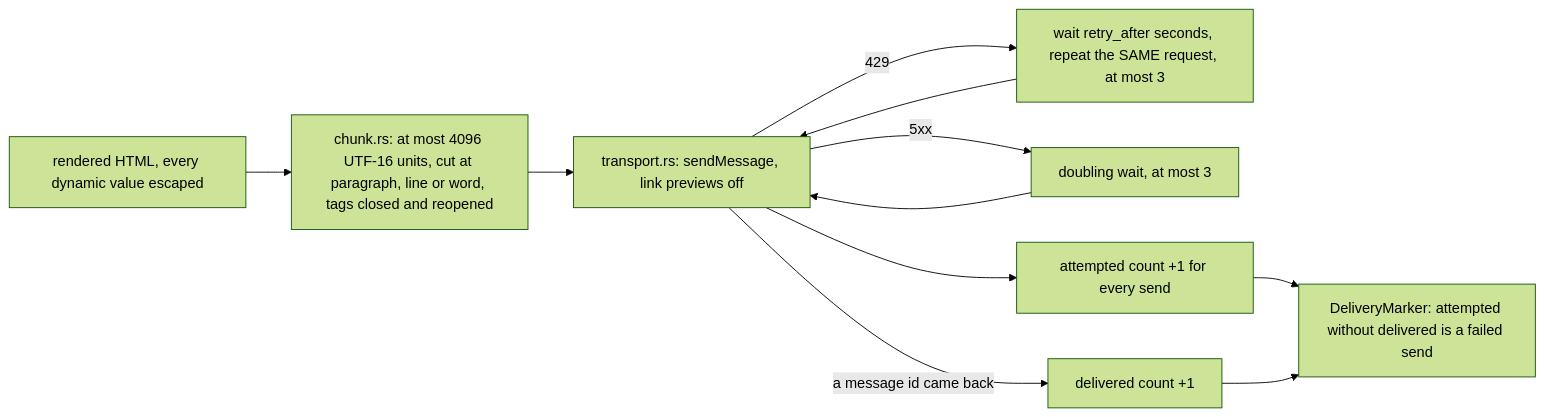
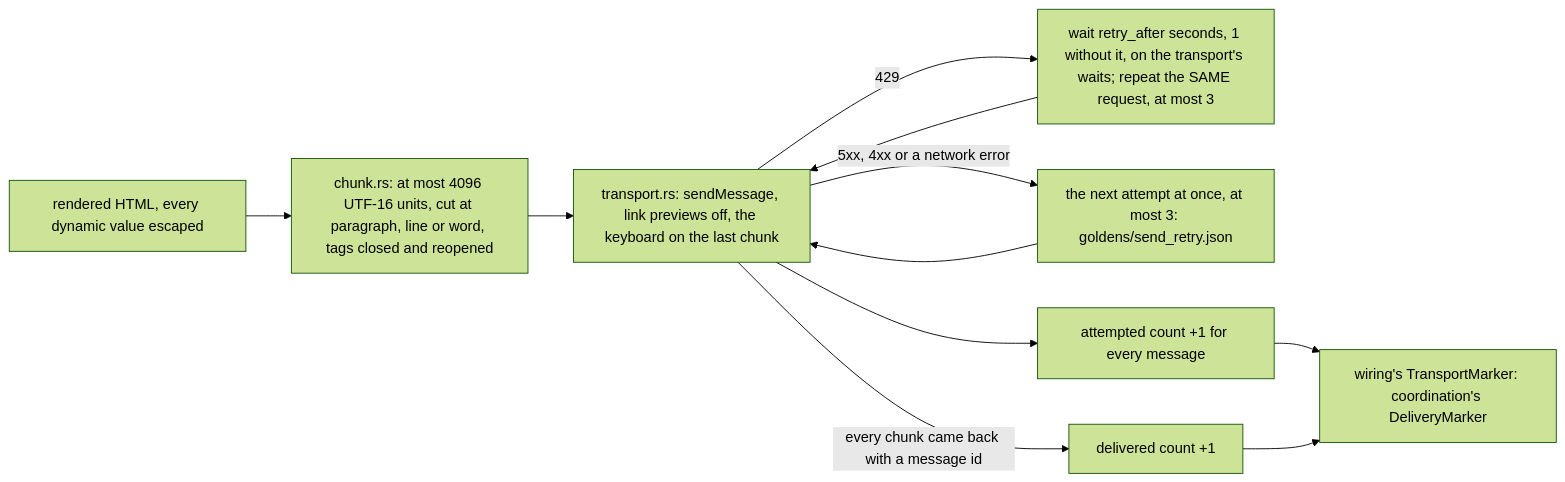
The second of 4 diagrams in docs/schematics/bot-update-loop.md (RexRenatus/deck-streak), drawn with Mermaid (forest theme) before and after one commit. The commit also changed other lines of this file and 2 other files, not shown here.

````diff
--- a/docs/schematics/bot-update-loop.md
+++ b/docs/schematics/bot-update-loop.md
@@ -27,12 +30,12 @@
 ```mermaid
 flowchart LR
   text[rendered HTML, every dynamic value escaped] --> chunk[chunk.rs: at most 4096 UTF-16 units, cut at paragraph, line or word, tags closed and reopened]
-  chunk --> send[transport.rs: sendMessage, link previews off]
-  send -->|429| wait[wait retry_after seconds, repeat the SAME request, at most 3]
+  chunk --> send[transport.rs: sendMessage, link previews off, the keyboard on the last chunk]
+  send -->|429| wait[wait retry_after seconds, 1 without it, on the transport's waits; repeat the SAME request, at most 3]
   wait --> send
-  send -->|5xx| dbl[doubling wait, at most 3]
-  dbl --> send
-  send --> attempted[attempted count +1 for every send]
-  send -->|a message id came back| delivered[delivered count +1]
-  attempted & delivered --> marker[DeliveryMarker: attempted without delivered is a failed send]
+  send -->|5xx, 4xx or a network error| again[the next attempt at once, at most 3: goldens/send_retry.json]
+  again --> send
+  send --> attempted[attempted count +1 for every message]
+  send -->|every chunk came back with a message id| delivered[delivered count +1]
+  attempted & delivered --> marker[wiring's TransportMarker: coordination's DeliveryMarker]
 ```
````
